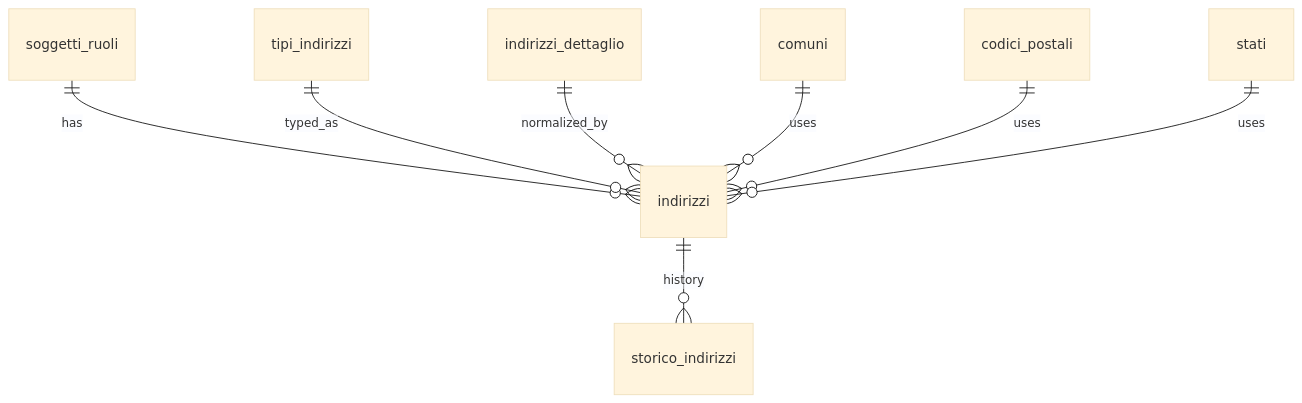
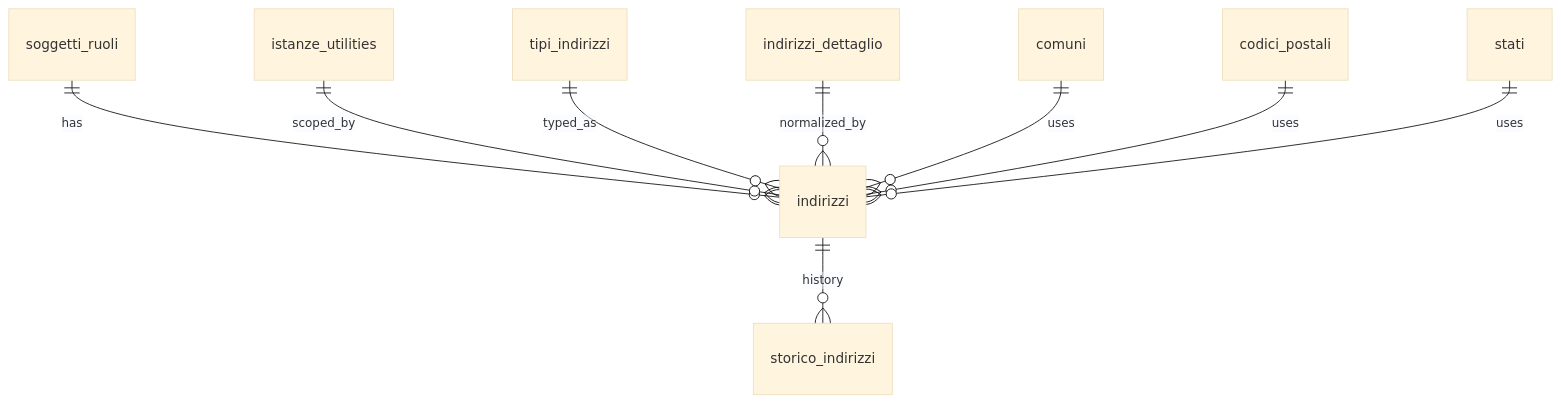
One commit to Tito-it/ZeroErp changed the diagram in docs/it/dbzero/anagrafiche/manual/indirizzi.md. Above: the diagram before and after it, drawn with Mermaid (base theme). The commit also changed other lines of this file and 25 other files, not shown here.

Commit message:
Refactor istanze indirizzi contatti come da documento

````diff
--- a/docs/it/dbzero/anagrafiche/manual/indirizzi.md
+++ b/docs/it/dbzero/anagrafiche/manual/indirizzi.md
@@ -110,12 +128,13 @@
 ```mermaid
 %%{init: {'er': {'layoutDirection': 'TB'}}}%%
 erDiagram
-    soggetti_ruoli   ||--o{ indirizzi : has
-    tipi_indirizzi   ||--o{ indirizzi : typed_as
+    soggetti_ruoli      ||--o{ indirizzi : has
+    istanze_utilities   ||--o{ indirizzi : scoped_by
+    tipi_indirizzi      ||--o{ indirizzi : typed_as
     indirizzi_dettaglio ||--o{ indirizzi : normalized_by
-    comuni           ||--o{ indirizzi : uses
-    codici_postali   ||--o{ indirizzi : uses
-    stati            ||--o{ indirizzi : uses
-    indirizzi               ||--o{ storico_indirizzi : history
+    comuni              ||--o{ indirizzi : uses
+    codici_postali      ||--o{ indirizzi : uses
+    stati               ||--o{ indirizzi : uses
+    indirizzi           ||--o{ storico_indirizzi : history
 
 ```
````
